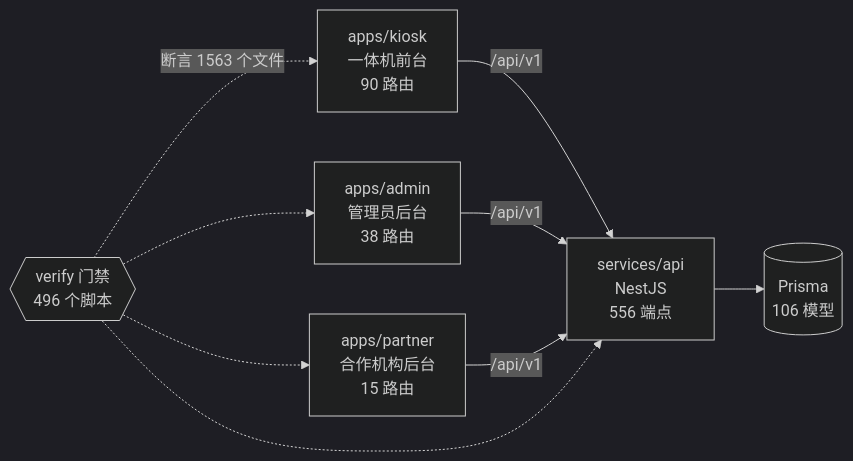
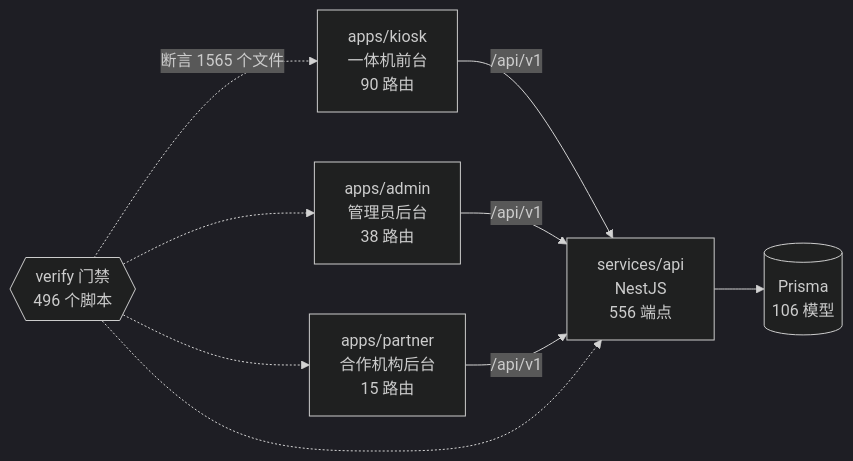
Before and after one commit to wanglei581/YITIJI: the diagram in docs/graph/README.md, drawn with Mermaid (dark theme). The commit also changed other lines of this file and 2 other files, not shown here.

Commit message:
chore(graph): regenerate project graph for the P0-5 gate edges
Only this branch's edges: verify-print-jobs -> support/ai-artifact-print-pii-gate.ts,
verify-profile-documents-inkpaper -> documentReprint.ts and
services/api/src/print-jobs/pii-scan-gate.ts. graph:check passes.

````diff
--- a/docs/graph/README.md
+++ b/docs/graph/README.md
@@ -68,18 +68,18 @@
 ```mermaid
 flowchart LR
   kiosk["apps/kiosk<br/>一体机前台<br/>90 路由"]
   admin["apps/admin<br/>管理员后台<br/>38 路由"]
   partner["apps/partner<br/>合作机构后台<br/>15 路由"]
   api["services/api<br/>NestJS<br/>556 端点"]
   db[("Prisma<br/>106 模型")]
   gates{{"verify 门禁<br/>496 个脚本"}}
 
   kiosk -->|"/api/v1"| api
   admin -->|"/api/v1"| api
   partner -->|"/api/v1"| api
   api --> db
-  gates -.->|"断言 1563 个文件"| kiosk
+  gates -.->|"断言 1565 个文件"| kiosk
   gates -.-> admin
   gates -.-> partner
   gates -.-> api
 ```
````
